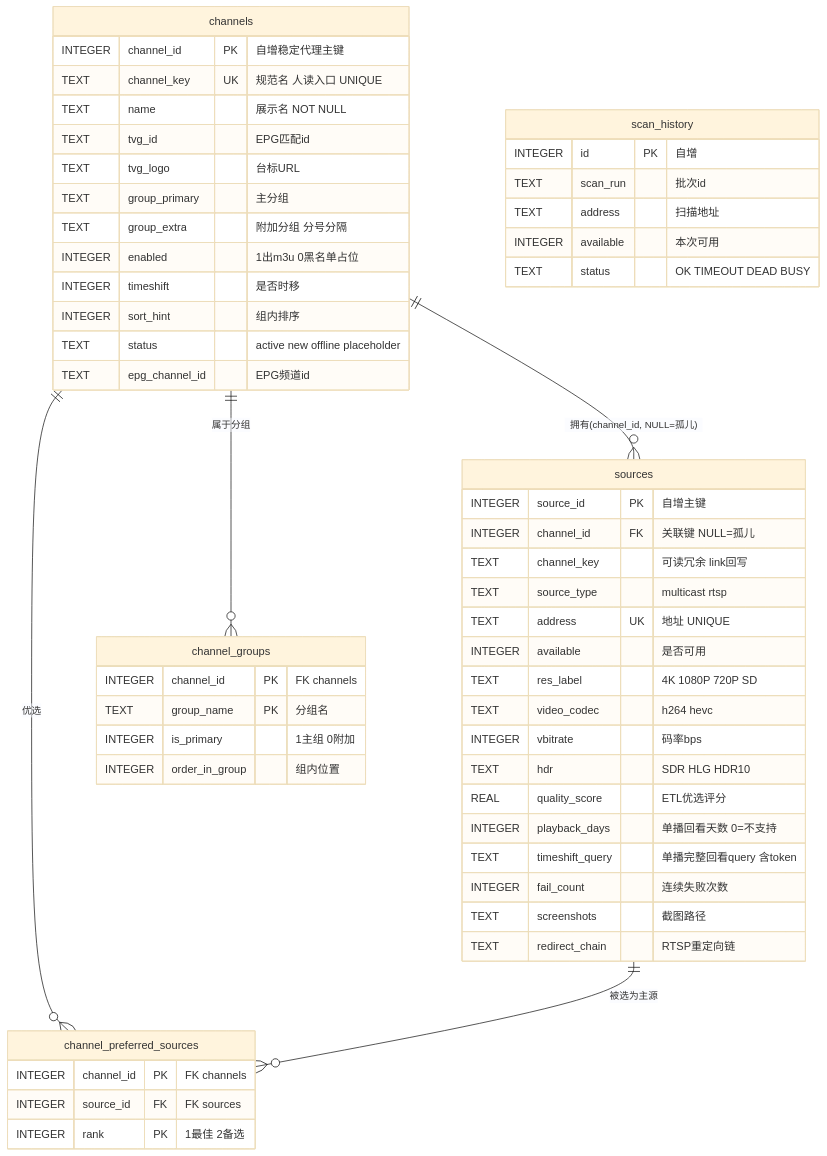
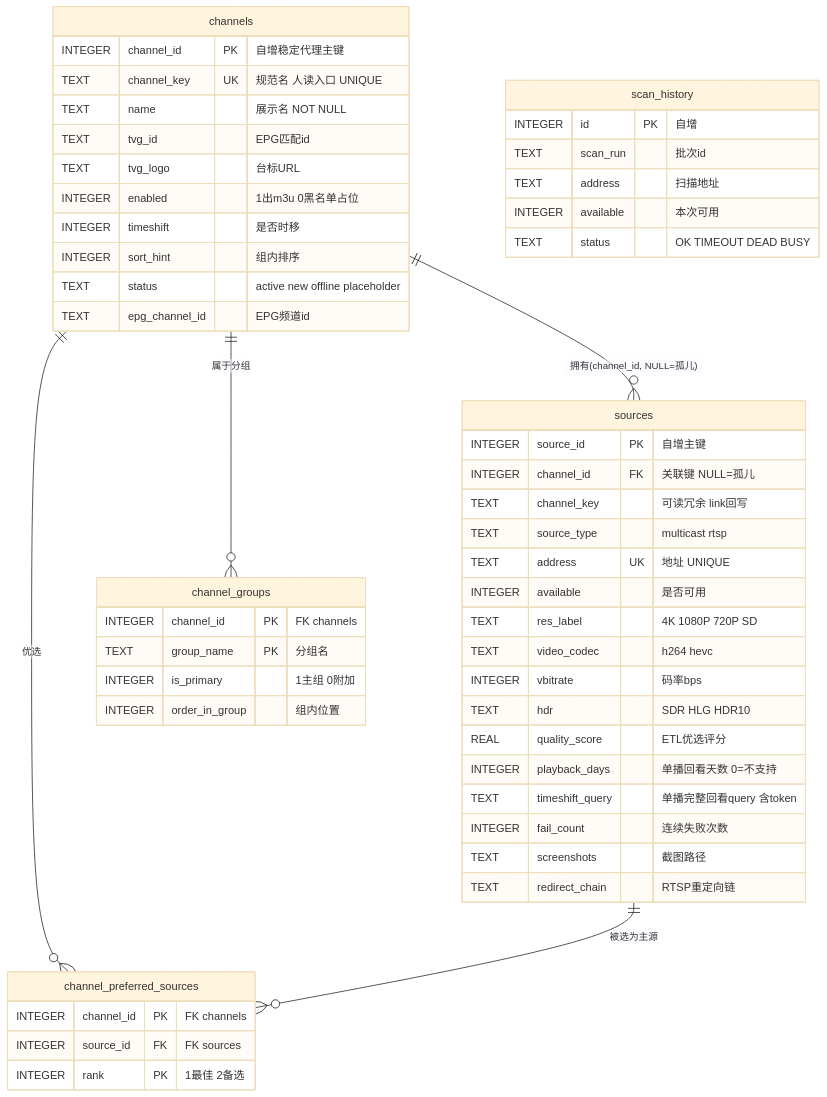
Before and after one commit to yangwudong/iptv-radar: the second of 2 diagrams in docs/design/ARCHITECTURE.md, drawn with Mermaid (base theme). The commit also changed other lines of this file and 1 other file, not shown here.

First line of the commit message:
docs: 同步5项改进(分组单一真相/快照格式/schema自愈集中)

````diff
--- a/docs/design/ARCHITECTURE.md
+++ b/docs/design/ARCHITECTURE.md
@@ -131,58 +131,56 @@
 ```mermaid
 erDiagram
     channels ||--o{ sources : "拥有(channel_id, NULL=孤儿)"
     channels ||--o{ channel_groups : "属于分组"
     channels ||--o{ channel_preferred_sources : "优选"
     sources  ||--o{ channel_preferred_sources : "被选为主源"
 
     channels {
         INTEGER channel_id PK "自增稳定代理主键"
         TEXT channel_key UK "规范名 人读入口 UNIQUE"
         TEXT name "展示名 NOT NULL"
         TEXT tvg_id "EPG匹配id"
         TEXT tvg_logo "台标URL"
-        TEXT group_primary "主分组"
-        TEXT group_extra "附加分组 分号分隔"
         INTEGER enabled "1出m3u 0黑名单占位"
         INTEGER timeshift "是否时移"
         INTEGER sort_hint "组内排序"
         TEXT status "active new offline placeholder"
         TEXT epg_channel_id "EPG频道id"
     }
     sources {
         INTEGER source_id PK "自增主键"
         INTEGER channel_id FK "关联键 NULL=孤儿"
         TEXT channel_key "可读冗余 link回写"
         TEXT source_type "multicast rtsp"
         TEXT address UK "地址 UNIQUE"
         INTEGER available "是否可用"
         TEXT res_label "4K 1080P 720P SD"
         TEXT video_codec "h264 hevc"
         INTEGER vbitrate "码率bps"
         TEXT hdr "SDR HLG HDR10"
         REAL quality_score "ETL优选评分"
         INTEGER playback_days "单播回看天数 0=不支持"
         TEXT timeshift_query "单播完整回看query 含token"
         INTEGER fail_count "连续失败次数"
         TEXT screenshots "截图路径"
         TEXT redirect_chain "RTSP重定向链"
     }
     channel_preferred_sources {
         INTEGER channel_id PK "FK channels"
         INTEGER source_id FK "FK sources"
         INTEGER rank PK "1最佳 2备选"
     }
     channel_groups {
         INTEGER channel_id PK "FK channels"
         TEXT group_name PK "分组名"
         INTEGER is_primary "1主组 0附加"
         INTEGER order_in_group "组内位置"
     }
     scan_history {
         INTEGER id PK "自增"
         TEXT scan_run "批次id"
         TEXT address "扫描地址"
         INTEGER available "本次可用"
         TEXT status "OK TIMEOUT DEAD BUSY"
     }
 ```
````
